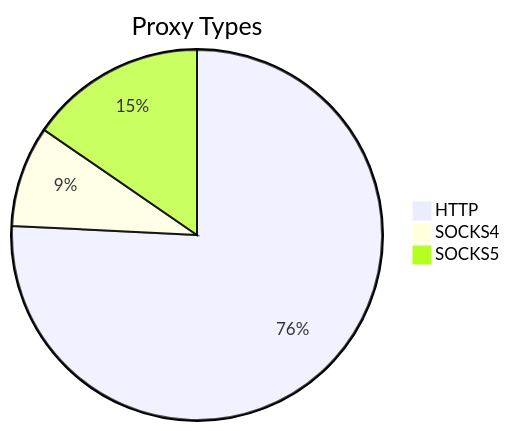
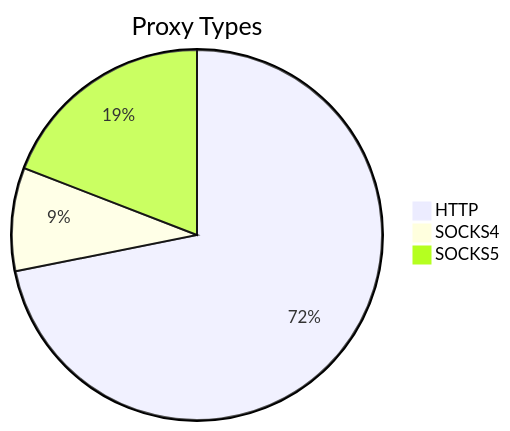
One commit to stormsia/proxy-list changed the first of 2 diagrams in README.md. Above: the diagram before and after it, drawn with Mermaid. The commit also changed other lines of this file, not shown here.

````diff
--- a/README.md
+++ b/README.md
@@ -21,6 +21,6 @@
 ```mermaid
 pie title Proxy Types
-    "HTTP" : 413
-    "SOCKS4" : 48
-    "SOCKS5" : 84
+    "HTTP" : 263
+    "SOCKS4" : 33
+    "SOCKS5" : 70
 ```
````
